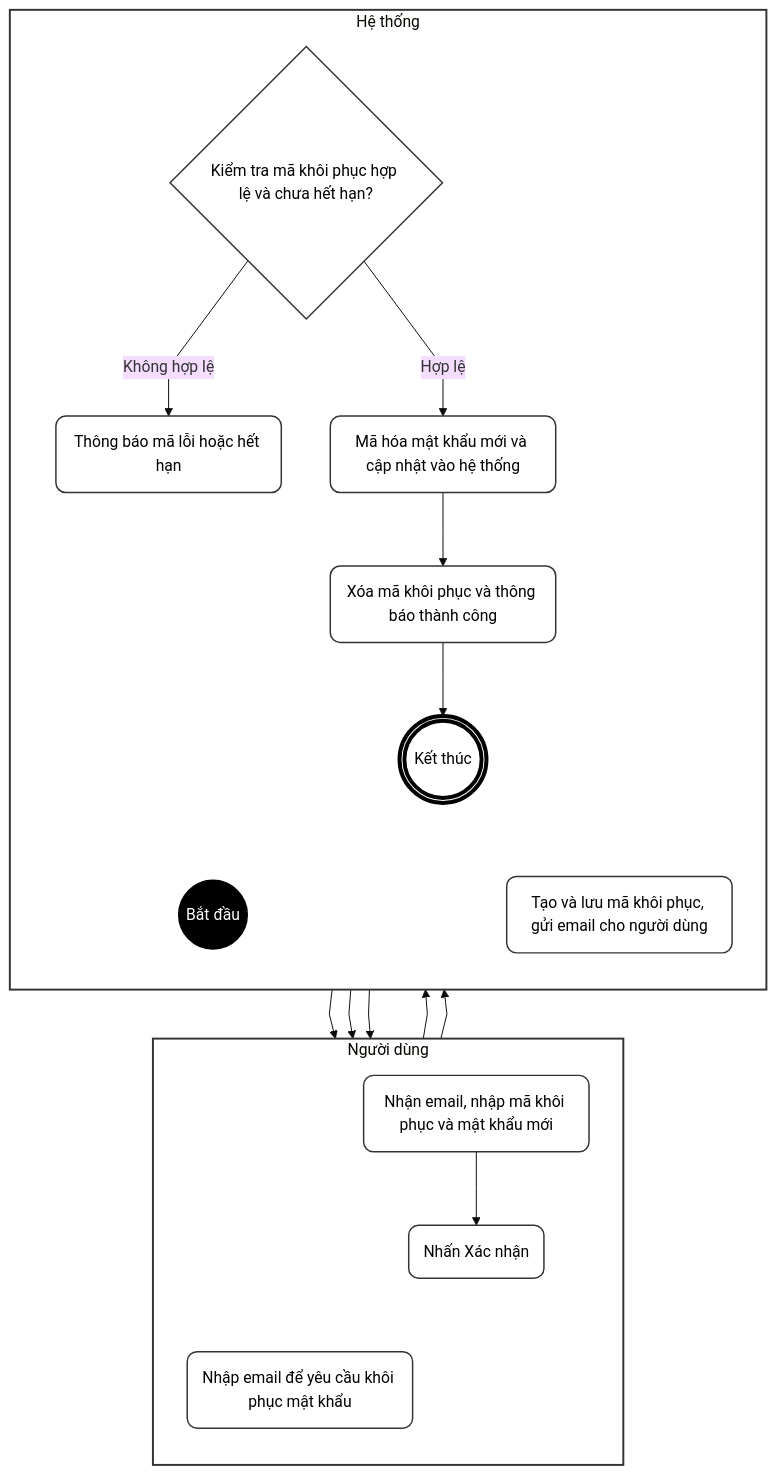
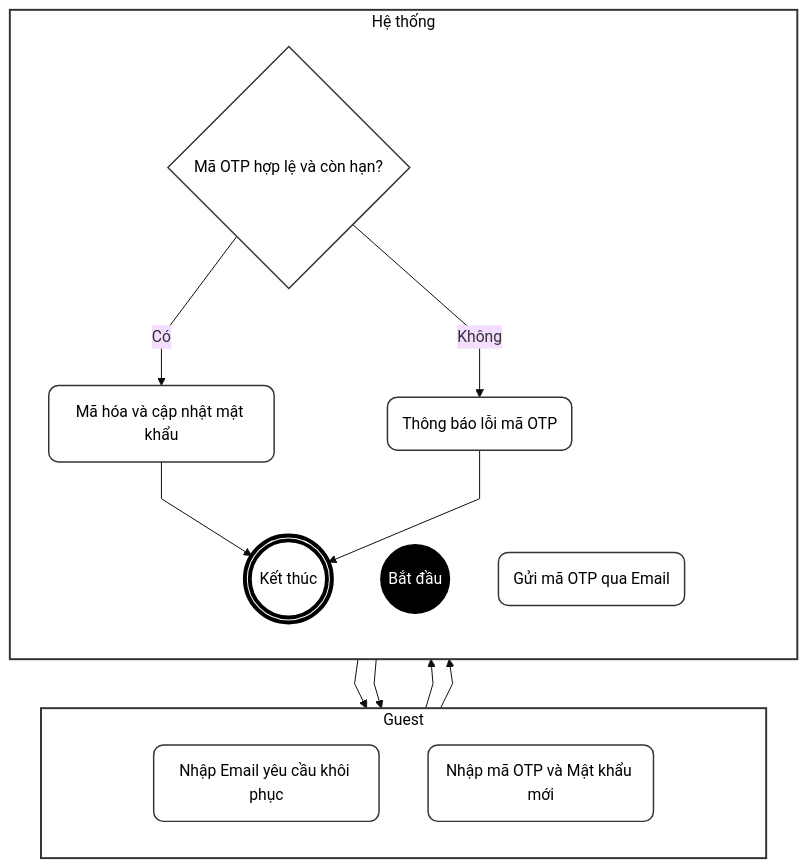
Before and after one commit to ChuDucAnh21/BE-quan-ly-su-kien: the fourth of 8 diagrams in doc/system_analysis/activity diagram/08a_activity_auth_profile.md, drawn with Mermaid (base theme). The commit also changed other lines of this file and 14 other files, not shown here.

````diff
--- a/doc/system_analysis/activity diagram/08a_activity_auth_profile.md
+++ b/doc/system_analysis/activity diagram/08a_activity_auth_profile.md
@@ -261,53 +155,42 @@
 ```mermaid
 %%{init: {"flowchart": {"curve": "linear"}}}%%
 flowchart TD
     classDef default fill:#fff,stroke:#333,stroke-width:1.5px,color:#000,rx:10px,ry:10px;
     classDef startNode fill:#000,stroke:#000,color:#fff;
     classDef endNode fill:#fff,stroke:#000,stroke-width:4px,color:#000;
     classDef hidden fill:none,stroke:none,color:none;
 
-    subgraph TacNhan [Người dùng]
+    subgraph Guest [Guest]
         direction TB
         T_start(" "):::hidden
-        A(Nhập email để yêu cầu khôi phục mật khẩu)
-        B(Nhận email, nhập mã khôi phục và mật khẩu mới)
-        C(Nhấn Xác nhận)
+        A(Nhập Email yêu cầu khôi phục)
+        B(Nhập mã OTP và Mật khẩu mới)
         T_end(" "):::hidden
     end
 
-    subgraph HeThong [Hệ thống]
+    subgraph System [Hệ thống]
         direction TB
         H_start(" "):::hidden
         Start((Bắt đầu)):::startNode
-        D(Tạo và lưu mã khôi phục, gửi email cho người dùng)
-        E{Kiểm tra mã khôi phục hợp lệ và chưa hết hạn?}
-        F(Thông báo mã lỗi hoặc hết hạn)
-        G(Mã hóa mật khẩu mới và cập nhật vào hệ thống)
-        H(Xóa mã khôi phục và thông báo thành công)
+        C(Gửi mã OTP qua Email)
+        D{Mã OTP hợp lệ và còn hạn?}
+        E(Thông báo lỗi mã OTP)
+        F(Mã hóa và cập nhật mật khẩu)
         End(((Kết thúc))):::endNode
         H_end(" "):::hidden
     end
 
     T_start ~~~ H_start
     T_end ~~~ H_end
+    Start --> A
+    A --> C
+    C --> B
+    B --> D
+    D -- Không --> E
+    D -- Có --> F
+    F --> End
+    E --> End
 
-    T_start ~~~ A
-    C ~~~ T_end
-
-    H_start ~~~ Start
-    End ~~~ H_end
-
-    Start --> A
-    A --> D
-    D --> B
-    B --> C
-    C --> E
-    E -- Không hợp lệ --> F
-    F --> B
-    E -- Hợp lệ --> G
-    G --> H
-    H --> End
-
-    style TacNhan fill:#fff,stroke:#333,stroke-width:2px
-    style HeThong fill:#fff,stroke:#333,stroke-width:2px
+    style Guest fill:#fff,stroke:#333,stroke-width:2px
+    style System fill:#fff,stroke:#333,stroke-width:2px
 ```
````
